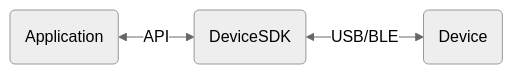
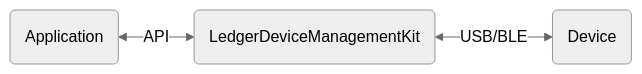
The diagram in README.md (LedgerHQ/device-sdk-ts), drawn with Mermaid (neutral theme) before and after one commit. The commit also changed other lines of this file and 11 other files, not shown here.

Commit message:
:truck: (chore): Rename device-sdk packages prefix

````diff
--- a/README.md
+++ b/README.md
@@ -62,4 +63,4 @@
 ```mermaid
   flowchart LR;
-      application(Application) <--API--> DSDK(DeviceSDK) <--USB/BLE--> device(Device);
+      application(Application) <--API--> LDMK(LedgerDeviceManagementKit) <--USB/BLE--> device(Device);
 ```
````
